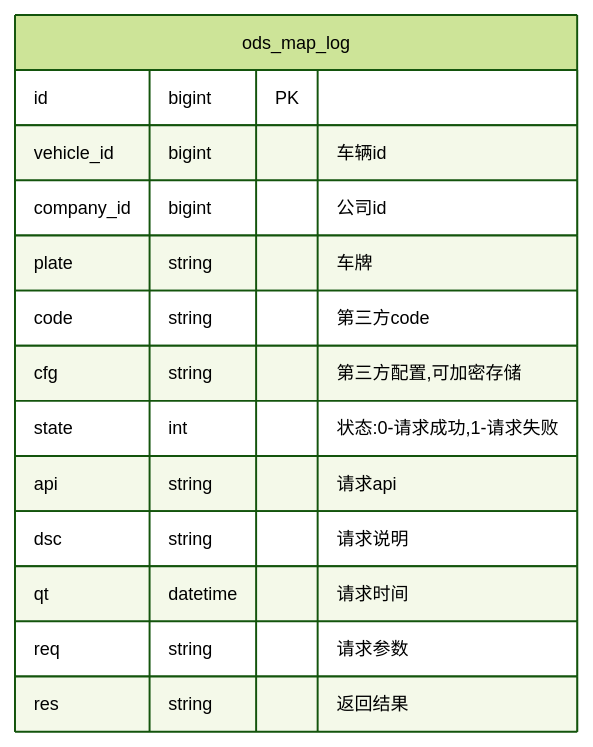
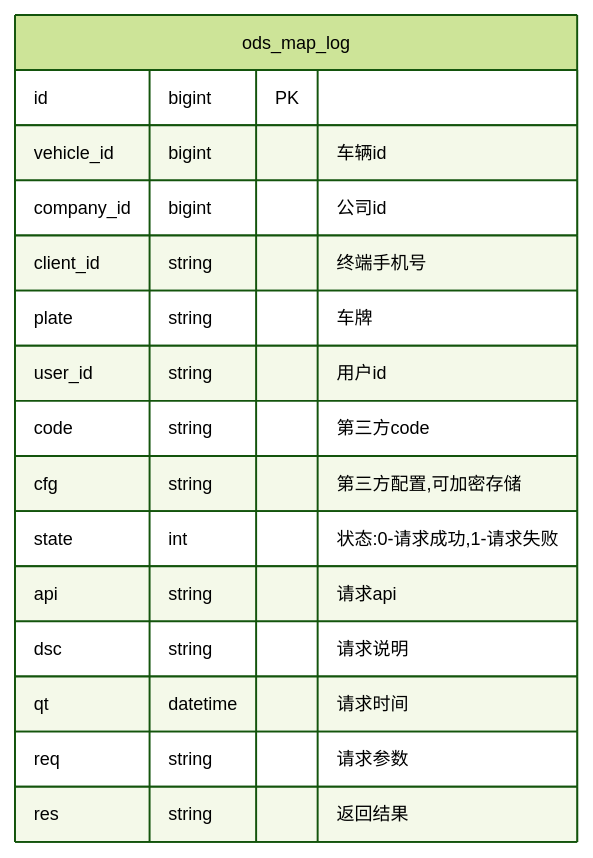
Before and after one commit to luoyh/obsidian-sync: the fourth of 6 diagrams in tqbb/Map.md, drawn with Mermaid.

Commit message:
vault backup: 2024-10-08 16:14:13

````diff
--- a/tqbb/Map.md
+++ b/tqbb/Map.md
@@ -109,34 +109,35 @@
 ```mermaid
 %%{
     init: {
         'theme': 'forest', 
         'themeVariables': { 
             'fontSize': '12px', 
             'fontFamily': 'Consolas',  
             'primaryColor': '#BB2528', 
             'primaryTextColor': '#fff', 
             'primaryBorderColor': '#7C0000', 
             'lineColor': '#F8B229', 
             'secondaryColor': '#006100', 
             'tertiaryColor': '#fff'
         }
     }
 }%%
 
 erDiagram
     ods_map_log {
       id bigint PK
       vehicle_id bigint "车辆id"
       company_id bigint "公司id"
-      
+      client_id string "终端手机号"
       plate string "车牌"
+      user_id string "用户id"
       code string "第三方code"
       cfg string "第三方配置,可加密存储"
       state int "状态:0-请求成功,1-请求失败"
       api string "请求api"
       dsc string "请求说明"
       qt datetime "请求时间"
       req string "请求参数"
       res string "返回结果"
     }
 ```
````
